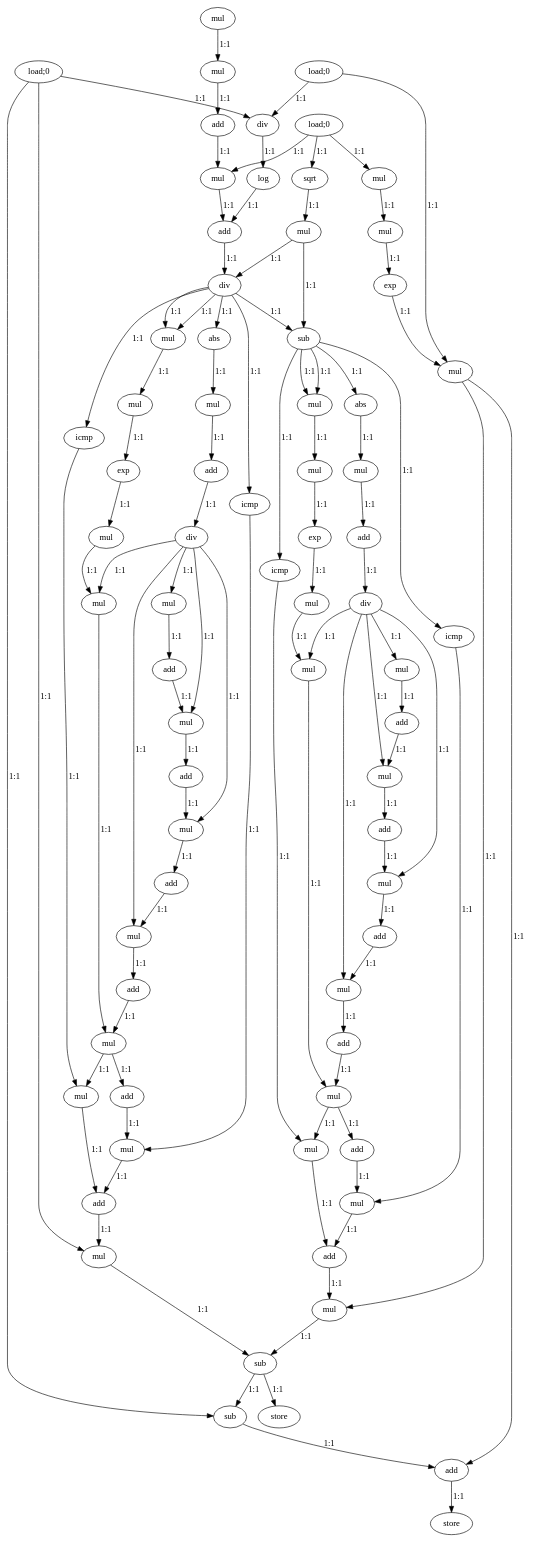
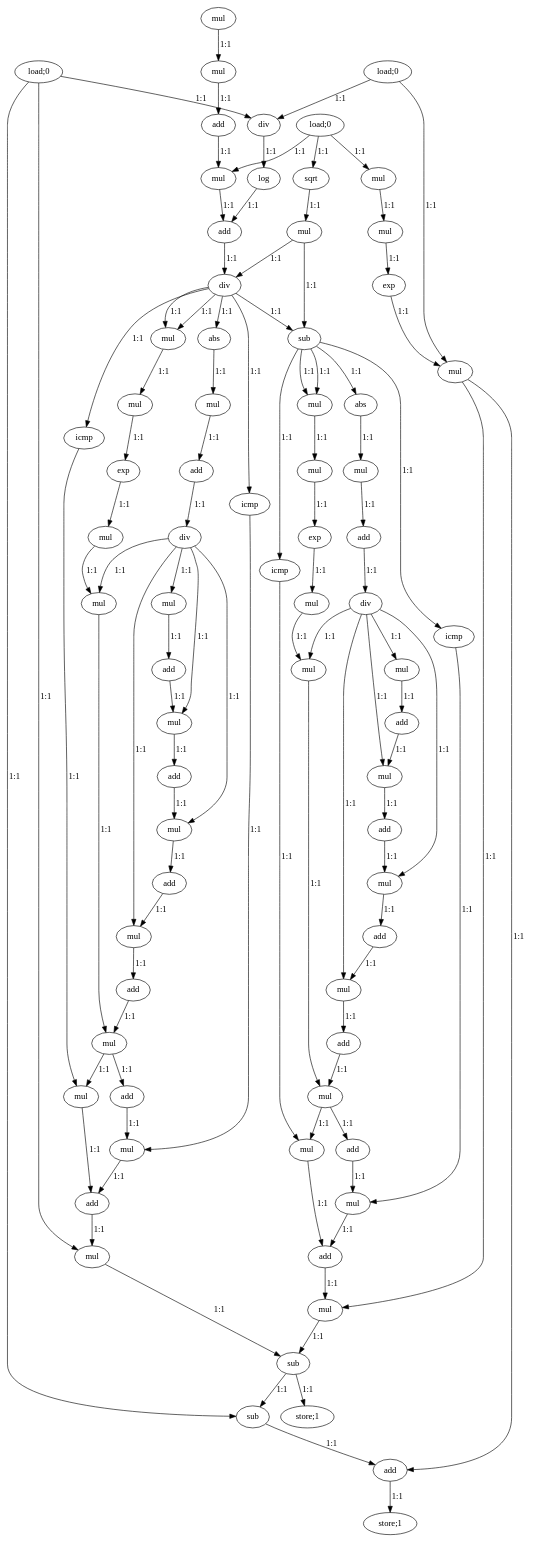
One commit to nikhilsambhus/DFGprop changed the diagram in large_dfgs/BlackScholes.dot. Above: the diagram before and after it, drawn with Graphviz. The commit also changed 13 other files, not shown here.

```diff
--- a/large_dfgs/BlackScholes.dot
+++ b/large_dfgs/BlackScholes.dot
@@ -1,174 +1,174 @@
 digraph {
   0 [label="mul"];
   1 [label="load;0"];
   2 [label="mul"];
   3 [label="load;0"];
   4 [label="div"];
   5 [label="add"];
   6 [label="load;0"];
   7 [label="log"];
   8 [label="mul"];
   9 [label="sqrt"];
   10 [label="mul"];
   11 [label="add"];
   12 [label="mul"];
   13 [label="mul"];
   14 [label="div"];
   15 [label="exp"];
   16 [label="mul"];
   17 [label="abs"];
   18 [label="sub"];
   19 [label="mul"];
   20 [label="mul"];
   21 [label="abs"];
   22 [label="mul"];
   23 [label="exp"];
   24 [label="add"];
   25 [label="mul"];
   26 [label="mul"];
   27 [label="mul"];
   28 [label="div"];
   29 [label="add"];
   30 [label="exp"];
   31 [label="mul"];
   32 [label="mul"];
   33 [label="div"];
   34 [label="mul"];
   35 [label="add"];
   36 [label="mul"];
   37 [label="mul"];
   38 [label="icmp"];
   39 [label="mul"];
   40 [label="add"];
   41 [label="add"];
   42 [label="icmp"];
   43 [label="mul"];
   44 [label="mul"];
   45 [label="icmp"];
   46 [label="add"];
   47 [label="add"];
   48 [label="icmp"];
   49 [label="mul"];
   50 [label="mul"];
   51 [label="add"];
   52 [label="add"];
   53 [label="mul"];
   54 [label="mul"];
   55 [label="add"];
   56 [label="mul"];
   57 [label="add"];
   58 [label="mul"];
   59 [label="mul"];
   60 [label="mul"];
   61 [label="mul"];
   62 [label="add"];
   63 [label="add"];
   64 [label="mul"];
   65 [label="mul"];
   66 [label="add"];
   67 [label="mul"];
   68 [label="sub"];
   69 [label="sub"];
-  70 [label="store"];
+  70 [label="store;1"];
   71 [label="add"];
-  72 [label="store"];
+  72 [label="store;1"];
 
   4->7 [label="1:1"];
   5->8 [label="1:1"];
   6->8 [label="1:1"];
   6->9 [label="1:1"];
   6->10 [label="1:1"];
   7->11 [label="1:1"];
   8->11 [label="1:1"];
   9->12 [label="1:1"];
   10->13 [label="1:1"];
   11->14 [label="1:1"];
   12->14 [label="1:1"];
   12->18 [label="1:1"];
   13->15 [label="1:1"];
   14->38 [label="1:1"];
   14->16 [label="1:1"];
   14->16 [label="1:1"];
   14->17 [label="1:1"];
   14->18 [label="1:1"];
   14->42 [label="1:1"];
   15->56 [label="1:1"];
   16->19 [label="1:1"];
   17->20 [label="1:1"];
   18->48 [label="1:1"];
   18->45 [label="1:1"];
   18->21 [label="1:1"];
   18->22 [label="1:1"];
   18->22 [label="1:1"];
   19->23 [label="1:1"];
   20->24 [label="1:1"];
   21->25 [label="1:1"];
   22->26 [label="1:1"];
   23->27 [label="1:1"];
   24->28 [label="1:1"];
   25->29 [label="1:1"];
   26->30 [label="1:1"];
   27->31 [label="1:1"];
   28->31 [label="1:1"];
   28->50 [label="1:1"];
   28->44 [label="1:1"];
   28->39 [label="1:1"];
   28->32 [label="1:1"];
   29->33 [label="1:1"];
   30->34 [label="1:1"];
   31->54 [label="1:1"];
   32->35 [label="1:1"];
   33->36 [label="1:1"];
   33->43 [label="1:1"];
   33->49 [label="1:1"];
   33->53 [label="1:1"];
   33->37 [label="1:1"];
   34->37 [label="1:1"];
   35->39 [label="1:1"];
   36->40 [label="1:1"];
   37->59 [label="1:1"];
   38->60 [label="1:1"];
   39->41 [label="1:1"];
   40->43 [label="1:1"];
   41->44 [label="1:1"];
   42->58 [label="1:1"];
   43->46 [label="1:1"];
   44->47 [label="1:1"];
   45->64 [label="1:1"];
   46->49 [label="1:1"];
   47->50 [label="1:1"];
   48->61 [label="1:1"];
   49->51 [label="1:1"];
   50->52 [label="1:1"];
   51->53 [label="1:1"];
   52->54 [label="1:1"];
   53->55 [label="1:1"];
   54->57 [label="1:1"];
   54->58 [label="1:1"];
   55->59 [label="1:1"];
   56->67 [label="1:1"];
   56->71 [label="1:1"];
   57->60 [label="1:1"];
   58->63 [label="1:1"];
   59->61 [label="1:1"];
   59->62 [label="1:1"];
   60->63 [label="1:1"];
   61->66 [label="1:1"];
   62->64 [label="1:1"];
   63->65 [label="1:1"];
   64->66 [label="1:1"];
   65->68 [label="1:1"];
   66->67 [label="1:1"];
   67->68 [label="1:1"];
   68->69 [label="1:1"];
   68->70 [label="1:1"];
   69->71 [label="1:1"];
   71->72 [label="1:1"];
   0->2 [label="1:1"];
   1->69 [label="1:1"];
   1->65 [label="1:1"];
   1->4 [label="1:1"];
   2->5 [label="1:1"];
   3->4 [label="1:1"];
   3->56 [label="1:1"];
 }
```
